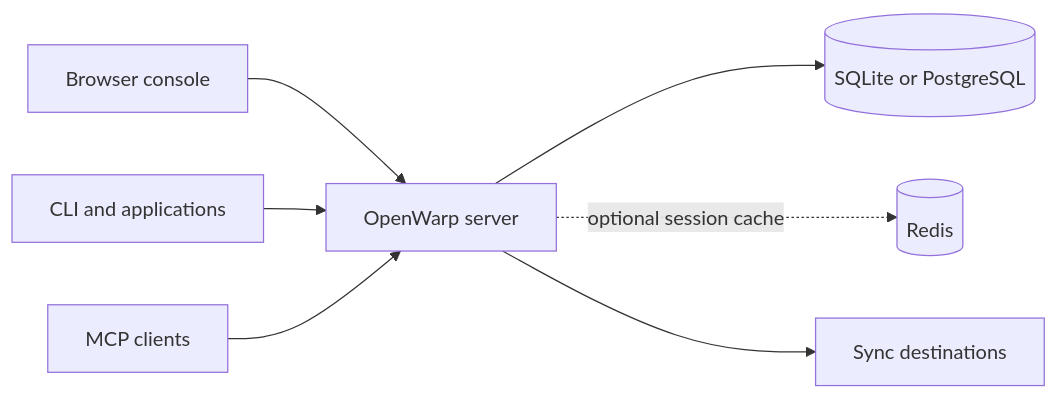
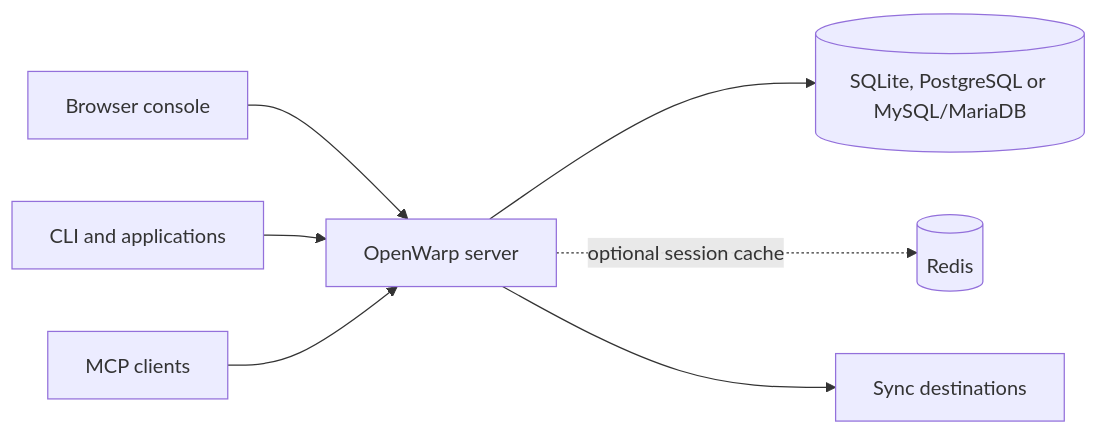
The diagram in README.md (hongkongkiwi/openwarp), drawn with Mermaid before and after one commit. The commit also changed other lines of this file and 20 other files, not shown here.

````diff
--- a/README.md
+++ b/README.md
@@ -117,9 +117,9 @@
 ```mermaid
 flowchart LR
     Console[Browser console] --> Server[OpenWarp server]
     CLI[CLI and applications] --> Server
     MCP[MCP clients] --> Server
-    Server --> DB[(SQLite or PostgreSQL)]
+    Server --> DB[(SQLite, PostgreSQL or MySQL/MariaDB)]
     Server -. optional session cache .-> Redis[(Redis)]
     Server --> Providers[Sync destinations]
 ```
````
